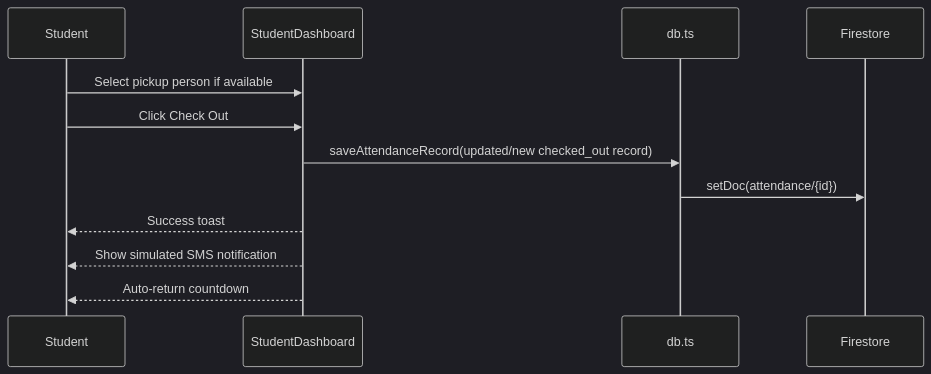
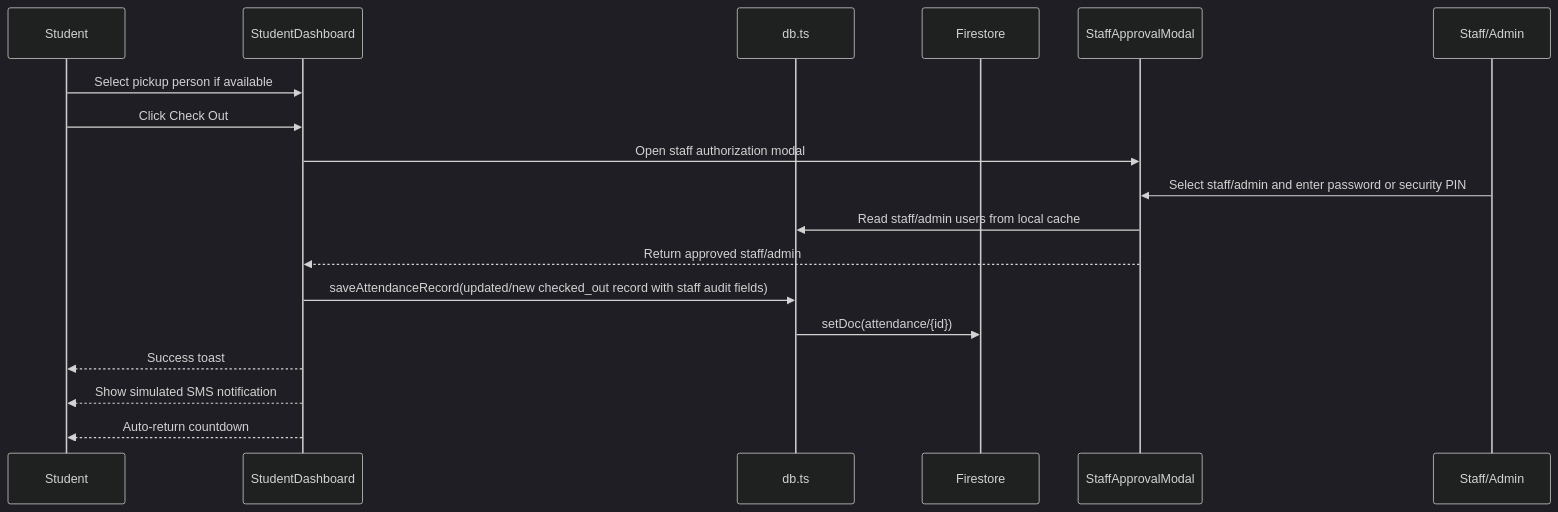
Before and after one commit to checkinout82026-cmd/checkin: the third of 8 diagrams in docs/04-user-flows.md, drawn with Mermaid (dark theme). The commit also changed other lines of this file and 9 other files, not shown here.

Commit message:
Integrate Firebase Auth and staff checkout approval

````diff
--- a/docs/04-user-flows.md
+++ b/docs/04-user-flows.md
@@ -66,15 +67,22 @@
 ```mermaid
 sequenceDiagram
   participant Student
   participant Dashboard as StudentDashboard
   participant DB as db.ts
   participant FS as Firestore
 
+  participant StaffModal as StaffApprovalModal
+  participant Staff as Staff/Admin
+
   Student->>Dashboard: Select pickup person if available
   Student->>Dashboard: Click Check Out
-  Dashboard->>DB: saveAttendanceRecord(updated/new checked_out record)
+  Dashboard->>StaffModal: Open staff authorization modal
+  Staff->>StaffModal: Select staff/admin and enter password or security PIN
+  StaffModal->>DB: Read staff/admin users from local cache
+  StaffModal-->>Dashboard: Return approved staff/admin
+  Dashboard->>DB: saveAttendanceRecord(updated/new checked_out record with staff audit fields)
   DB->>FS: setDoc(attendance/{id})
   Dashboard-->>Student: Success toast
   Dashboard-->>Student: Show simulated SMS notification
   Dashboard-->>Student: Auto-return countdown
 ```
````
